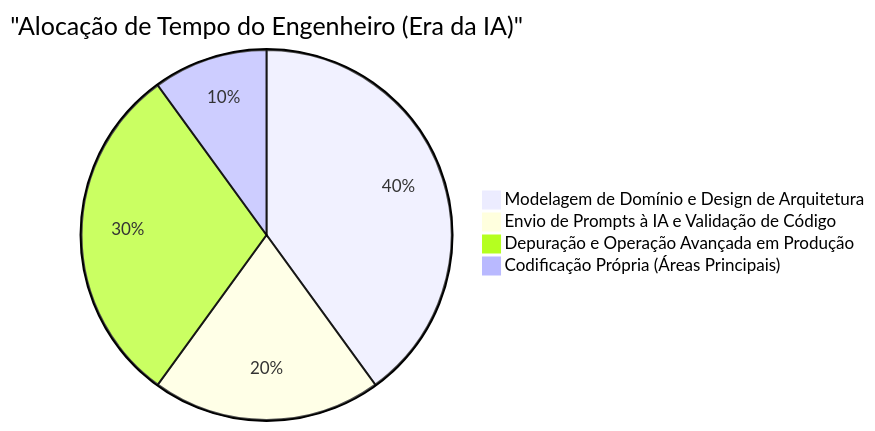
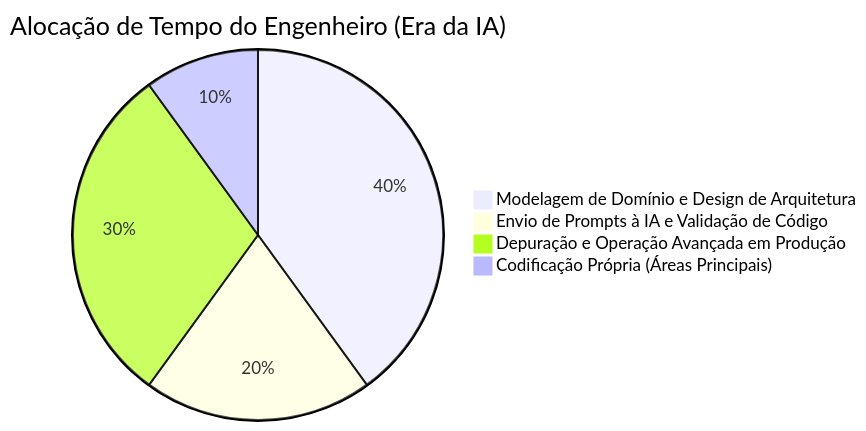
The fourth of 4 diagrams in content/post/human_engineer_skills/index.pt.md (kenjinote/blog), drawn with Mermaid before and after one commit. The commit also changed other lines of this file and 703 other files, not shown here.

Commit message:
Fix: Remove quotes from Mermaid link texts and timeline definitions to support Mermaid 11.4.1

````diff
--- a/content/post/human_engineer_skills/index.pt.md
+++ b/content/post/human_engineer_skills/index.pt.md
@@ -190,7 +190,7 @@
 ```mermaid
-pie title "Alocação de Tempo do Engenheiro (Era da IA)"
+pie title Alocação de Tempo do Engenheiro (Era da IA)
   "Modelagem de Domínio e Design de Arquitetura": 40
   "Envio de Prompts à IA e Validação de Código": 20
   "Depuração e Operação Avançada em Produção": 30
   "Codificação Própria (Áreas Principais)": 10
 ```
````
